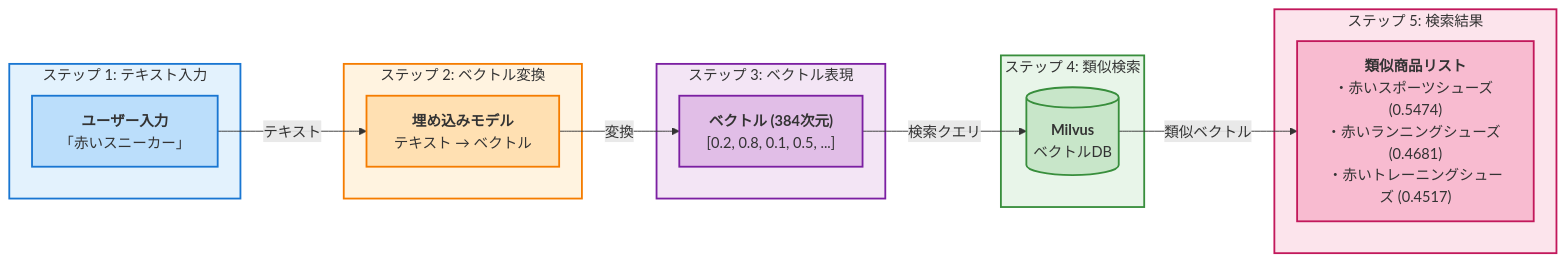
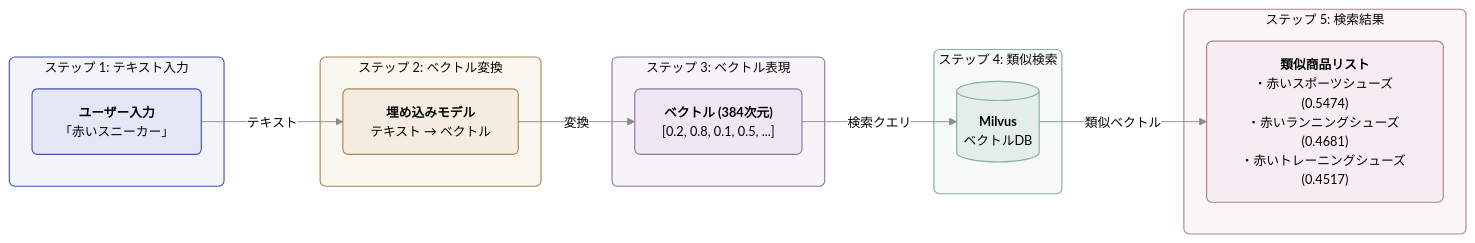
Before and after one commit to mukoubuchi/vector-search-hands-on: the diagram in docs/ja/part1.md, drawn with Mermaid. The commit also changed 11 other files, not shown here.

First line of the commit message:
style: align diagrams with the workshop palette

````diff
--- a/docs/ja/part1.md
+++ b/docs/ja/part1.md
@@ -34,39 +34,53 @@
 ```mermaid
+---
+config:
+  theme: base
+  themeVariables:
+    fontFamily: IBM Plex Sans, IBM Plex Sans JP, sans-serif
+    fontSize: 14px
+    textColor: '#000000'
+    primaryTextColor: '#000000'
+    lineColor: '#8a8b8c'
+    edgeLabelBackground: '#ffffff'
+  flowchart:
+    curve: linear
+    useMaxWidth: false
+---
 graph LR
     subgraph step1["ステップ 1: テキスト入力"]
         A["<b>ユーザー入力</b><br/>「赤いスニーカー」"]
     end
     
     subgraph step2["ステップ 2: ベクトル変換"]
         B["<b>埋め込みモデル</b><br/>テキスト → ベクトル"]
     end
     
     subgraph step3["ステップ 3: ベクトル表現"]
         C["<b>ベクトル (384次元)</b><br/>[0.2, 0.8, 0.1, 0.5, ...]"]
     end
     
     subgraph step4["ステップ 4: 類似検索"]
         D[("<b>Milvus</b><br/>ベクトルDB")]
     end
     
     subgraph step5["ステップ 5: 検索結果"]
         E["<b>類似商品リスト</b><br/>・赤いスポーツシューズ (0.5474)<br/>・赤いランニングシューズ (0.4681)<br/>・赤いトレーニングシューズ (0.4517)"]
     end
     
     A -->|テキスト| B
     B -->|変換| C
     C -->|検索クエリ| D
     D -->|類似ベクトル| E
     
-    style step1 fill:#E3F2FD,stroke:#1976D2,stroke-width:2px
-    style step2 fill:#FFF3E0,stroke:#F57C00,stroke-width:2px
-    style step3 fill:#F3E5F5,stroke:#7B1FA2,stroke-width:2px
-    style step4 fill:#E8F5E9,stroke:#388E3C,stroke-width:2px
-    style step5 fill:#FCE4EC,stroke:#C2185B,stroke-width:2px
+    style step1 fill:#f2f4fa,stroke:#4051b5,stroke-width:1.25px,rx:6,ry:6
+    style step2 fill:#faf7f0,stroke:#a48655,stroke-width:1.25px,rx:6,ry:6
+    style step3 fill:#f7f4f9,stroke:#8c789f,stroke-width:1.25px,rx:6,ry:6
+    style step4 fill:#f5f9f7,stroke:#85b09a,stroke-width:1.25px,rx:6,ry:6
+    style step5 fill:#faf6f8,stroke:#ad8193,stroke-width:1.25px,rx:6,ry:6
     
-    style A fill:#BBDEFB,stroke:#1976D2,stroke-width:2px
-    style B fill:#FFE0B2,stroke:#F57C00,stroke-width:2px
-    style C fill:#E1BEE7,stroke:#7B1FA2,stroke-width:2px
-    style D fill:#C8E6C9,stroke:#388E3C,stroke-width:2px
-    style E fill:#F8BBD0,stroke:#C2185B,stroke-width:2px
+    style A fill:#e4e8f5,stroke:#4051b5,stroke-width:1.25px,rx:6,ry:6
+    style B fill:#f3ecdf,stroke:#a48655,stroke-width:1.25px,rx:6,ry:6
+    style C fill:#eee8f3,stroke:#8c789f,stroke-width:1.25px,rx:6,ry:6
+    style D fill:#e3eee8,stroke:#85b09a,stroke-width:1.25px,rx:6,ry:6
+    style E fill:#f5edf1,stroke:#ad8193,stroke-width:1.25px,rx:6,ry:6
 ```
````
